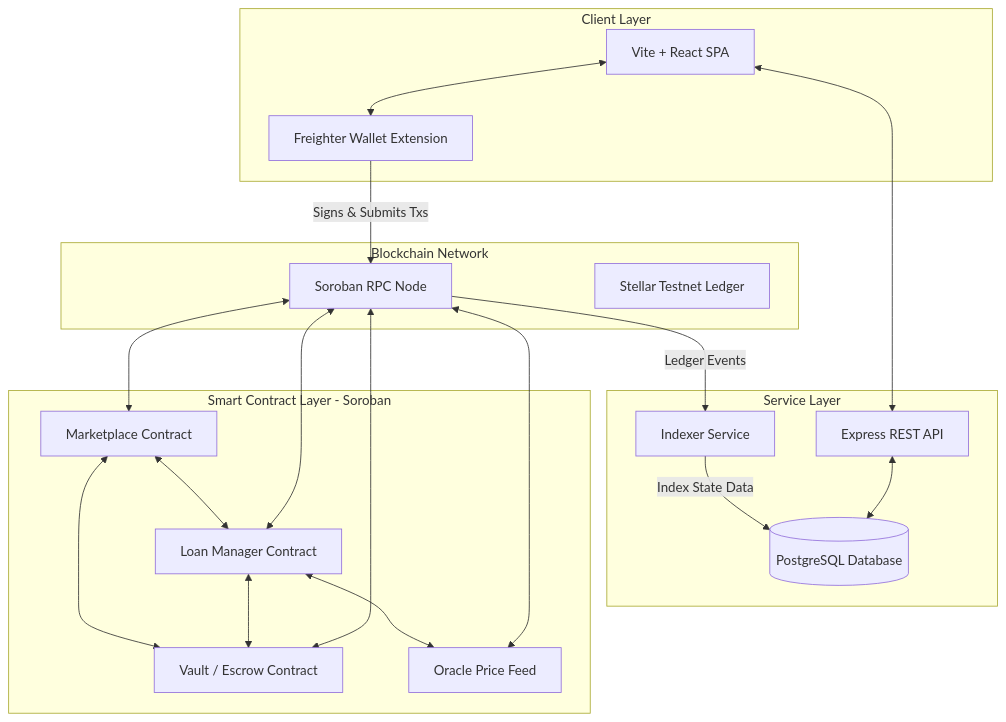
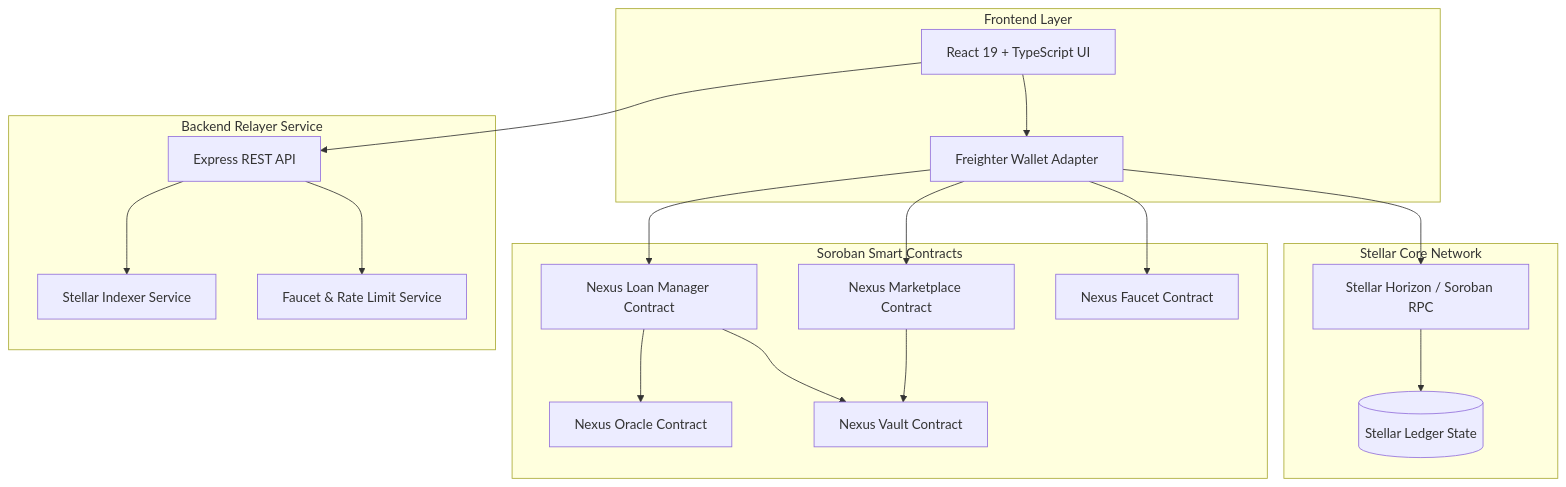
Before and after one commit to TheAnh1404/NexusLending: the second of 2 diagrams in README.md, drawn with Mermaid. The commit also changed other lines of this file and 6 other files, not shown here.

Commit message:
update faucet function and contract

````diff
--- a/README.md
+++ b/README.md
@@ -174,43 +623,39 @@
 ```mermaid
-graph TB
-    subgraph Client [Client Layer]
-        UI[Vite + React SPA]
-        FW[Freighter Wallet Extension]
+graph TD
+    subgraph Frontend Layer
+        UI[React 19 + TypeScript UI]
+        FW[Freighter Wallet Adapter]
     end
 
-    subgraph Service [Service Layer]
+    subgraph Backend Relayer Service
         API[Express REST API]
-        DB[(PostgreSQL Database)]
-        IDX[Indexer Service]
+        FCS[Faucet & Rate Limit Service]
+        IDX[Stellar Indexer Service]
     end
 
-    subgraph Soroban [Smart Contract Layer - Soroban]
-        MKT[Marketplace Contract]
-        LM[Loan Manager Contract]
-        V[Vault / Escrow Contract]
-        OR[Oracle Price Feed]
+    subgraph Soroban Smart Contracts
+        FC[Nexus Faucet Contract]
+        OC[Nexus Oracle Contract]
+        VC[Nexus Vault Contract]
+        MC[Nexus Marketplace Contract]
+        LMC[Nexus Loan Manager Contract]
     end
 
-    subgraph Blockchain [Blockchain Network]
-        RPC[Soroban RPC Node]
-        STELLAR[Stellar Testnet Ledger]
+    subgraph Stellar Core Network
+        RPC[Stellar Horizon / Soroban RPC]
+        LEDGER[(Stellar Ledger State)]
     end
 
-    %% Client Interactions
-    UI <--> FW
-    UI <--> API
-    FW -- "Signs & Submits Txs" --> RPC
-    RPC -- "Ledger Events" --> IDX
-    IDX -- "Index State Data" --> DB
-    API <--> DB
-
-    %% Smart Contract Interactions
-    MKT <--> V
-    MKT <--> LM
-    LM <--> V
-    LM <--> OR
-    RPC <--> MKT
-    RPC <--> LM
-    RPC <--> V
-    RPC <--> OR
+    UI --> FW
+    FW --> RPC
+    UI --> API
+    API --> FCS
+    API --> IDX
+    RPC --> LEDGER
+    FW --> FC
+    FW --> MC
+    FW --> LMC
+    MC --> VC
+    LMC --> VC
+    LMC --> OC
 ```
````
